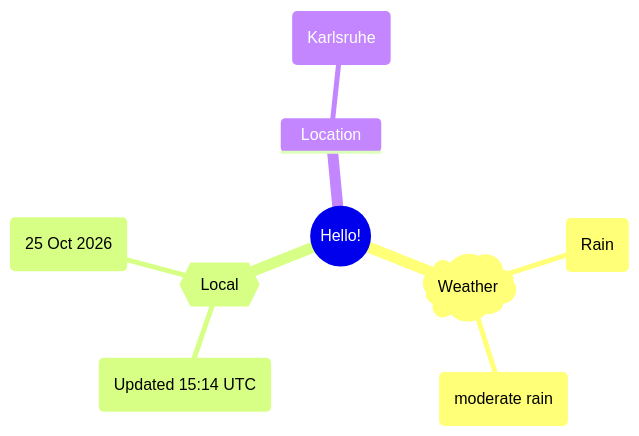
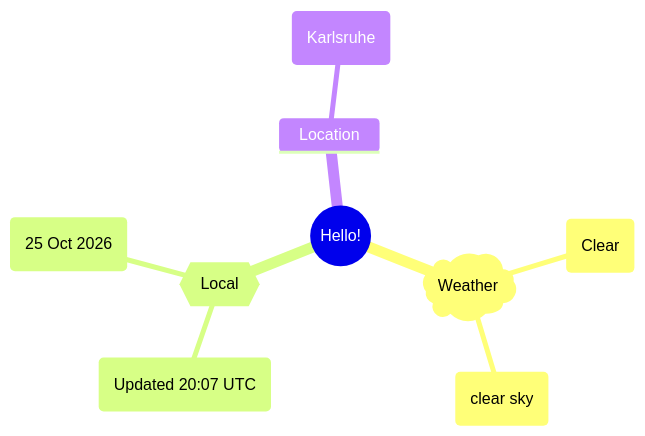
One commit to Xosrov/Xosrov changed the first of 2 diagrams in README.md. Above: the diagram before and after it, drawn with Mermaid.

Commit message:
[bot] updated images

````diff
--- a/README.md
+++ b/README.md
@@ -3,12 +3,12 @@
 ```mermaid
 mindmap
   root((Hello!))
     )Weather(
-        (Rain)
-        (moderate rain)
+        (Clear)
+        (clear sky)
     {{Local}}
-        (Updated 15:14 UTC)
+        (Updated 20:07 UTC)
         (25 Oct 2026)
     Location
         (Karlsruhe)
 ```
````
